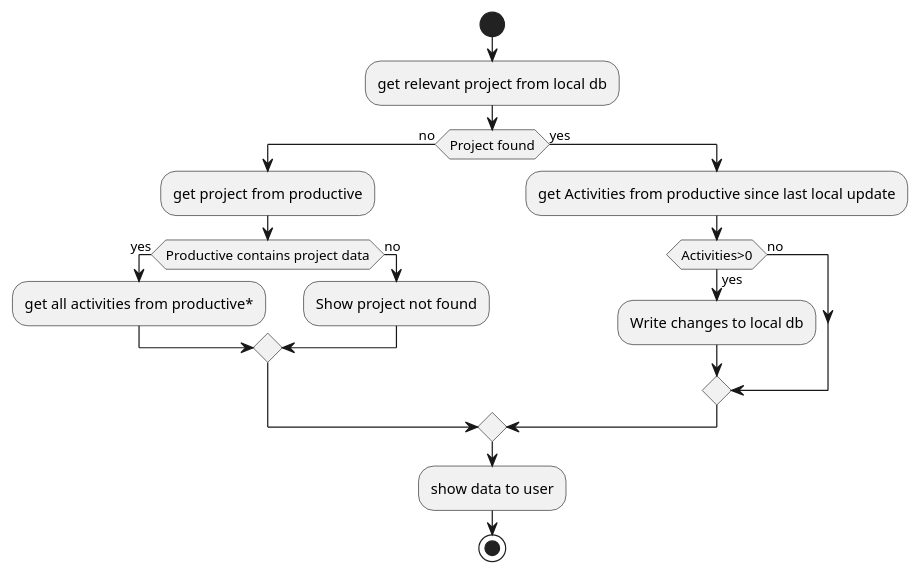
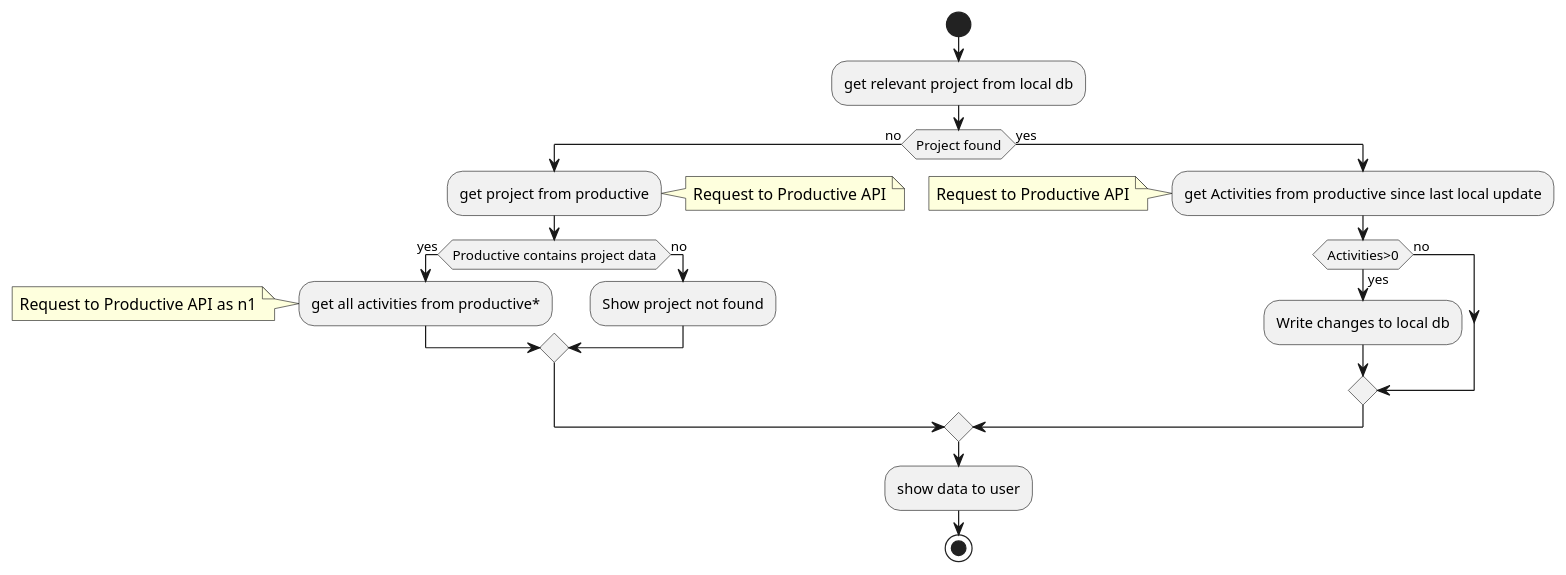
Before and after one commit to DCReceveur/pre-afstudeer-docs: the diagram in Documentatie/prototypeWH.md, drawn with PlantUML. The commit also changed other lines of this file and 1 other file, not shown here.

````diff
--- a/Documentatie/prototypeWH.md
+++ b/Documentatie/prototypeWH.md
@@ -97,25 +110,26 @@
 ```plantuml
 
 start
-' :get relevant project from Productive;
 :get relevant project from local db;
 if (Project found) then (no)
     :get project from productive;
+    note right: Request to Productive API
     if(Productive contains project data) then (yes)
         :get all activities from productive*;
+            note left: Request to Productive API as n1
     else (no)
     :Show project not found;
     endif
 else (yes) 
     :get Activities from productive since last local update;
-
+    note left: Request to Productive API
     if(Activities>0) then (yes)
     :Write changes to local db;
     else (no)
     endif
 endif
 
 :show data to user;
 stop
 
 ```
````
